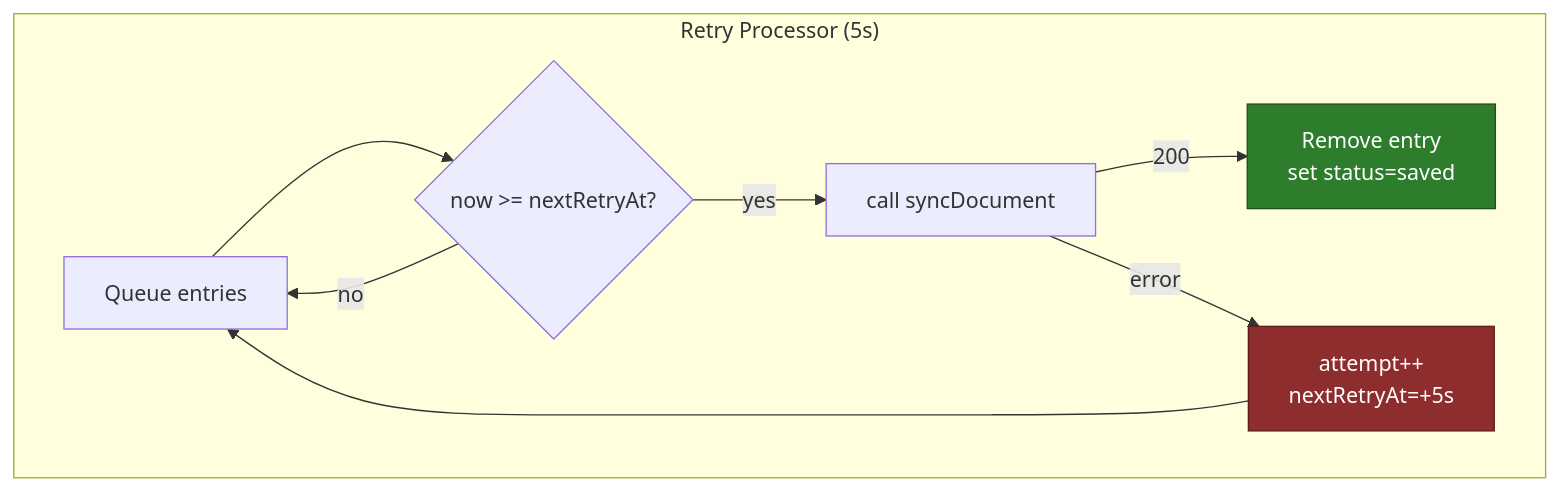
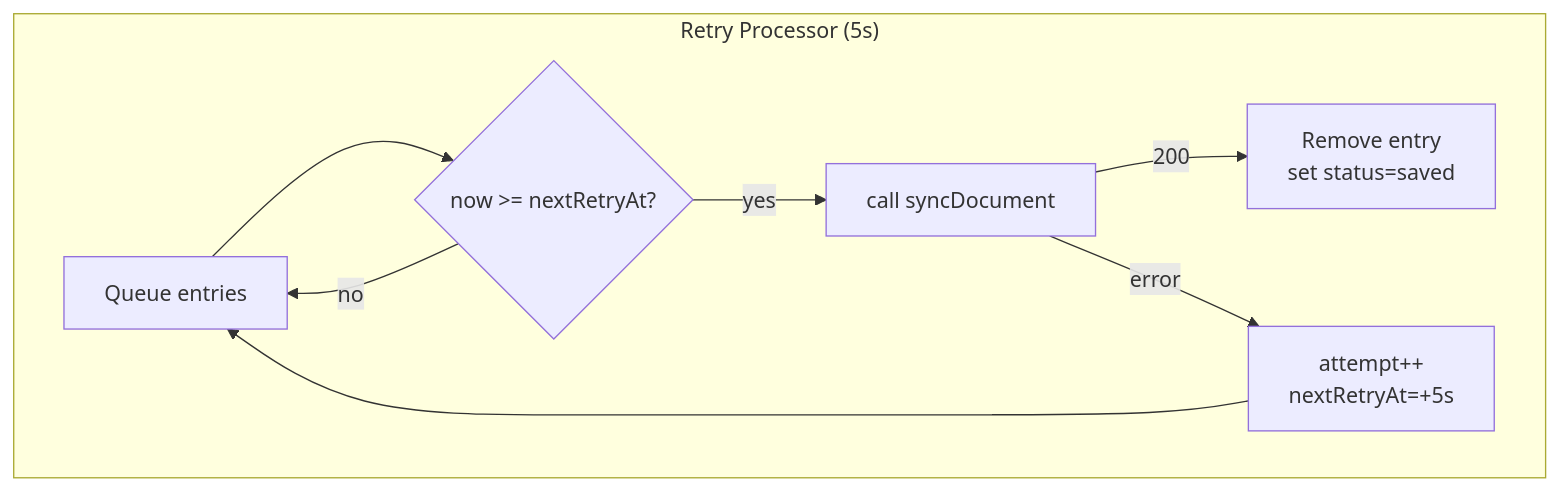
One commit to haowjy/meridian-flow changed the second of 2 diagrams in _docs/technical/frontend/architecture/sync-system.md. Above: the diagram before and after it, drawn with Mermaid. The commit also changed 46 other files, not shown here.

````diff
--- a/_docs/technical/frontend/architecture/sync-system.md
+++ b/_docs/technical/frontend/architecture/sync-system.md
@@ -94,17 +94,15 @@
 ```mermaid
 flowchart TD
     subgraph "Retry Processor (5s)"
       Q["Queue entries"]
       Check{"now >= nextRetryAt?"}
       Sync["call syncDocument"]
       Success["Remove entry\nset status=saved"]
       Fail["attempt++\nnextRetryAt=+5s"]
     end
 
     Q --> Check -->|"yes"| Sync -->|"200"| Success
     Check -->|"no"| Q
     Sync -->|"error"| Fail --> Q
 
-    style Success fill:#2d7d2d,stroke:#1e4d1e,color:#fff
-    style Fail fill:#8d2d2d,stroke:#5a1e1e,color:#fff
 ```
````
